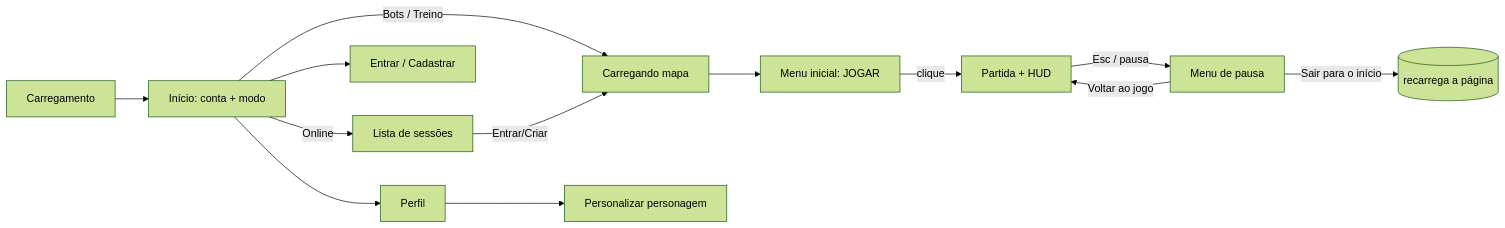
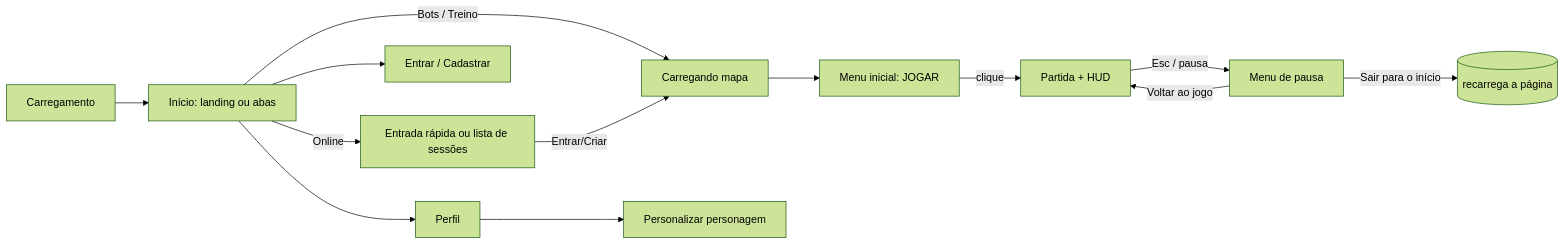
One commit to JPLabussiereF/offensive-combat-reload changed the diagram in Game-Vault/08 - UI & UX/UI Overview.md. Above: the diagram before and after it, drawn with Mermaid (forest theme). The commit also changed other lines of this file and 24 other files, not shown here.

First line of the commit message:
Nova tela inicial: abas logadas, landing e sessões por mapa

````diff
--- a/Game-Vault/08 - UI & UX/UI Overview.md
+++ b/Game-Vault/08 - UI & UX/UI Overview.md
@@ -51,14 +51,14 @@
 ```mermaid
 flowchart LR
-    Load[Carregamento] --> Home[Início: conta + modo]
-    Home -->|Online| Lobby[Lista de sessões]
+    Load[Carregamento] --> Home[Início: landing ou abas]
+    Home -->|Online| Lobby[Entrada rápida ou lista de sessões]
     Home -->|Bots / Treino| Load2[Carregando mapa]
     Lobby -->|Entrar/Criar| Load2
     Home --> Auth[Entrar / Cadastrar]
     Home --> Profile[Perfil] --> Custom[Personalizar personagem]
     Load2 --> Start[Menu inicial: JOGAR]
     Start -->|clique| Play[Partida + HUD]
     Play -->|Esc / pausa| Pause[Menu de pausa]
     Pause -->|Voltar ao jogo| Play
     Pause -->|Sair para o início| Reload[(recarrega a página)]
 ```
````
